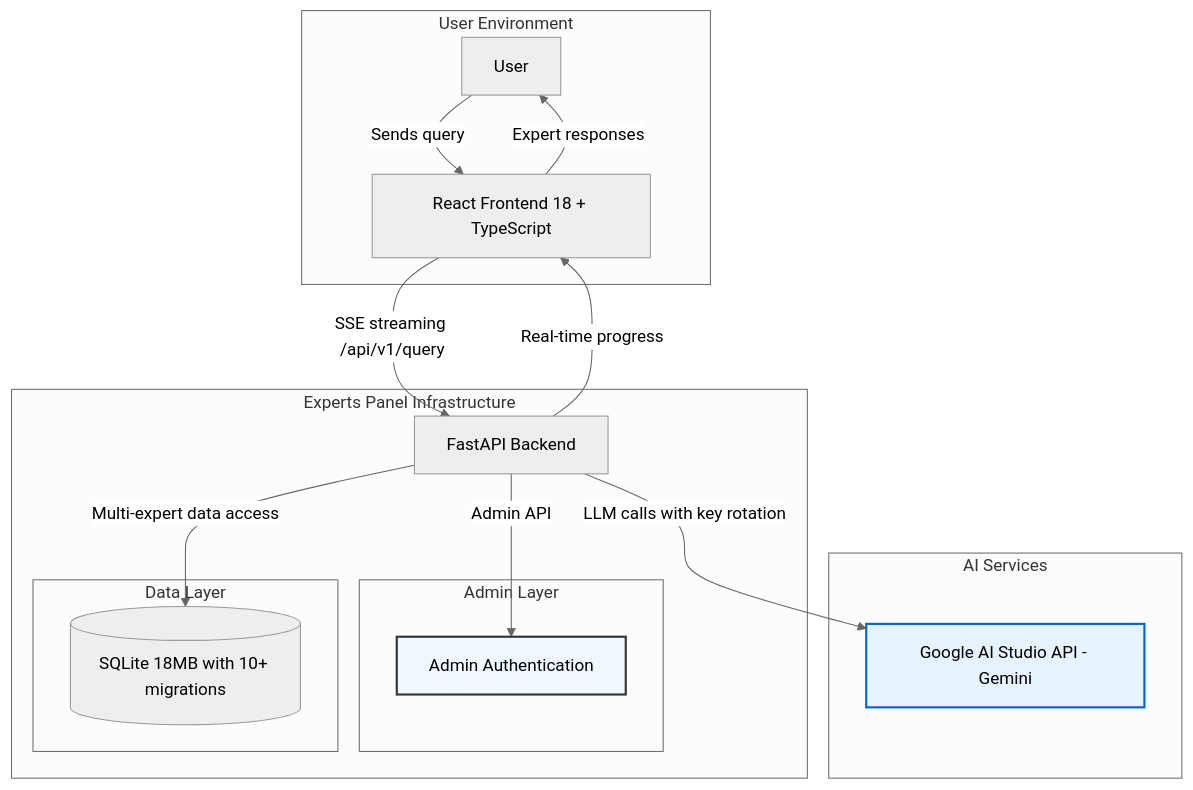
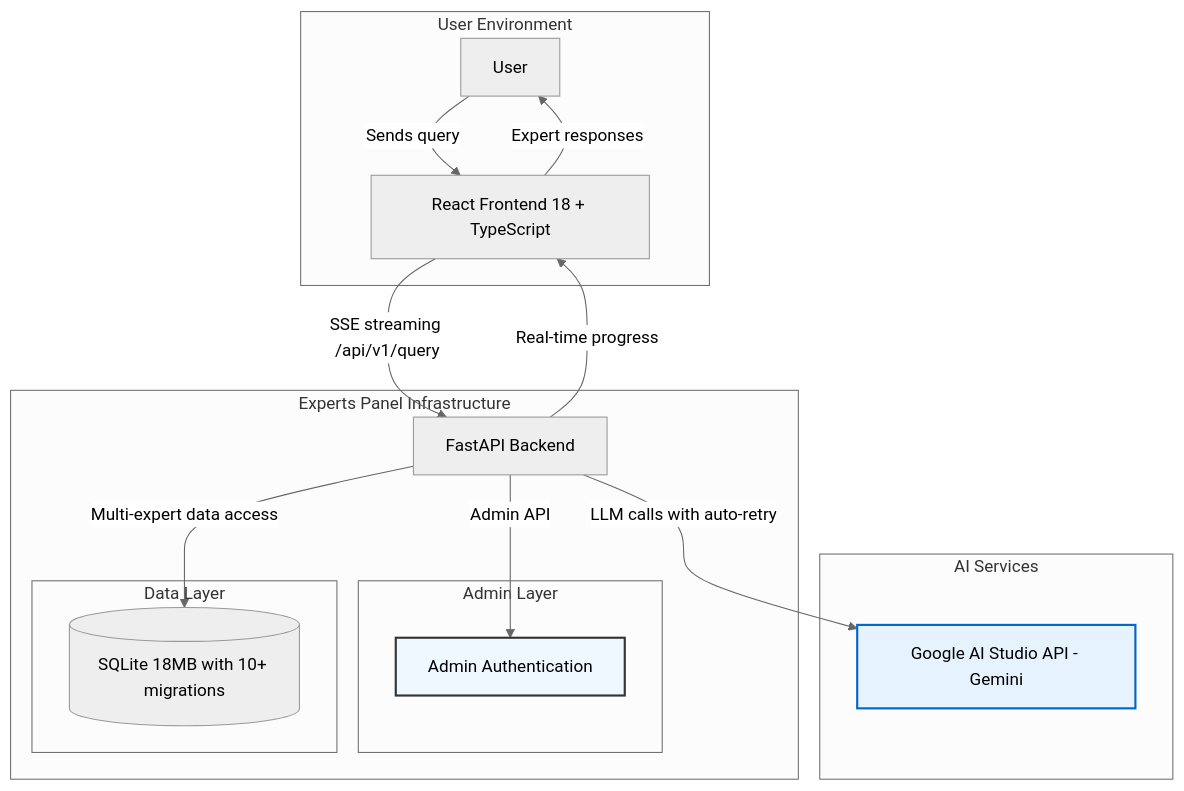
One commit to shao3d/Experts_panel changed the first of 3 diagrams in README.md. Above: the diagram before and after it, drawn with Mermaid (neutral theme). The commit also changed other lines of this file and 3 other files, not shown here.

First line of the commit message:
docs: update all documentation to reflect single-key architecture

````diff
--- a/README.md
+++ b/README.md
@@ -21,34 +21,34 @@
 ```mermaid
 graph TD
     subgraph "User Environment"
         User[User]
         Frontend[React Frontend 18 + TypeScript]
     end
 
     subgraph "Experts Panel Infrastructure"
         Backend[FastAPI Backend]
         subgraph "Admin Layer"
             Admin[Admin Authentication]
         end
         subgraph "Data Layer"
             DB[(SQLite 18MB with 10+ migrations)]
         end
     end
 
     subgraph "AI Services"
         GoogleAI[Google AI Studio API - Gemini]
     end
 
     User -- "Sends query" --> Frontend
     Frontend -- "SSE streaming /api/v1/query" --> Backend
     Backend -- "Admin API" --> Admin
-    Backend -- "LLM calls with key rotation" --> GoogleAI
+    Backend -- "LLM calls with auto-retry" --> GoogleAI
     Backend -- "Multi-expert data access" --> DB
     Backend -- "Real-time progress" --> Frontend
     Frontend -- "Expert responses" --> User
 
     classDef ai_service fill:#e6f3ff,stroke:#0066cc,stroke-width:2px
     classDef admin_service fill:#f0f8ff,stroke:#333,stroke-width:2px
     class GoogleAI ai_service
     class Admin admin_service
 ```
````
